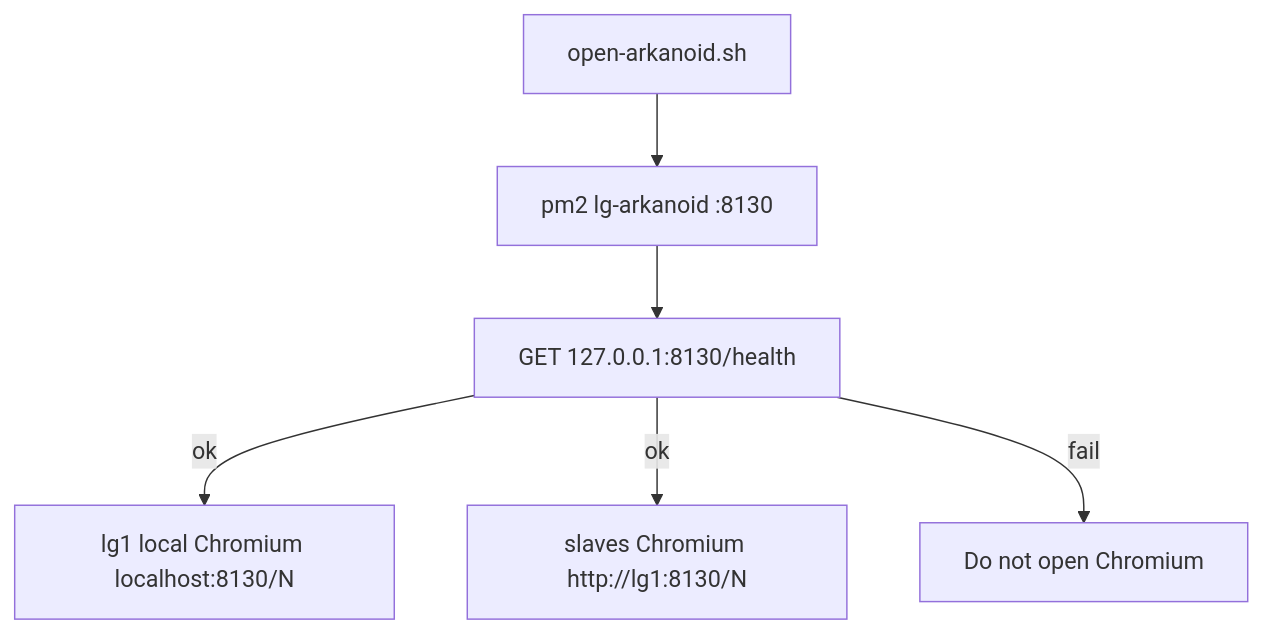
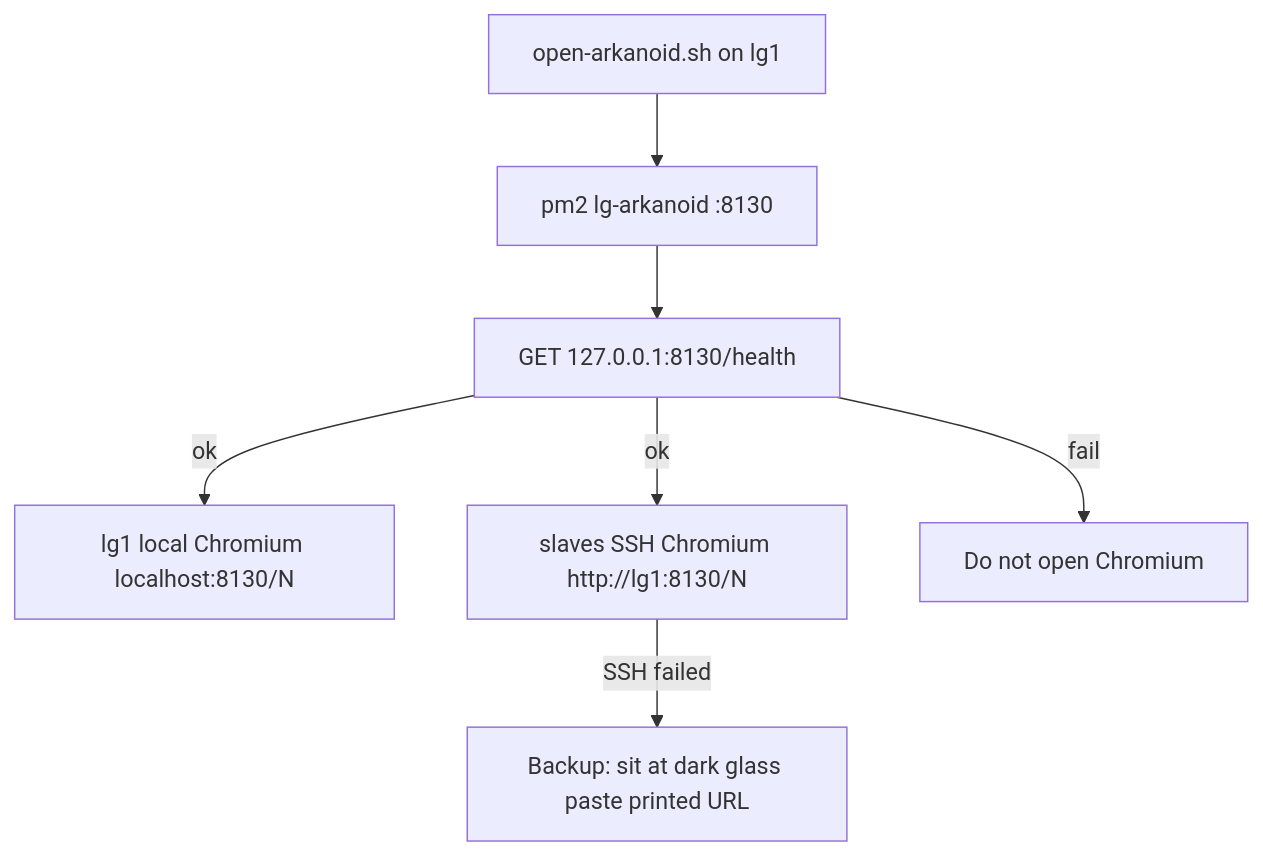
The fourth of 4 diagrams in README.md (AnirudhPratapSinghYadav/LG-Arkanoid), drawn with Mermaid before and after one commit. The commit also changed other lines of this file and 29 other files, not shown here.

````diff
--- a/README.md
+++ b/README.md
@@ -100,12 +121,14 @@
 ```mermaid
 flowchart TB
-  OPEN["open-arkanoid.sh"]
+  OPEN["open-arkanoid.sh on lg1"]
   PM2["pm2 lg-arkanoid :8130"]
   H["GET 127.0.0.1:8130/health"]
   M["lg1 local Chromium localhost:8130/N"]
-  SL["slaves Chromium http://lg1:8130/N"]
+  SL["slaves SSH Chromium http://lg1:8130/N"]
+  B["Backup: sit at dark glass paste printed URL"]
   OPEN --> PM2 --> H
   H -->|ok| M
   H -->|ok| SL
   H -->|fail| X[Do not open Chromium]
+  SL -->|SSH failed| B
 ```
````
